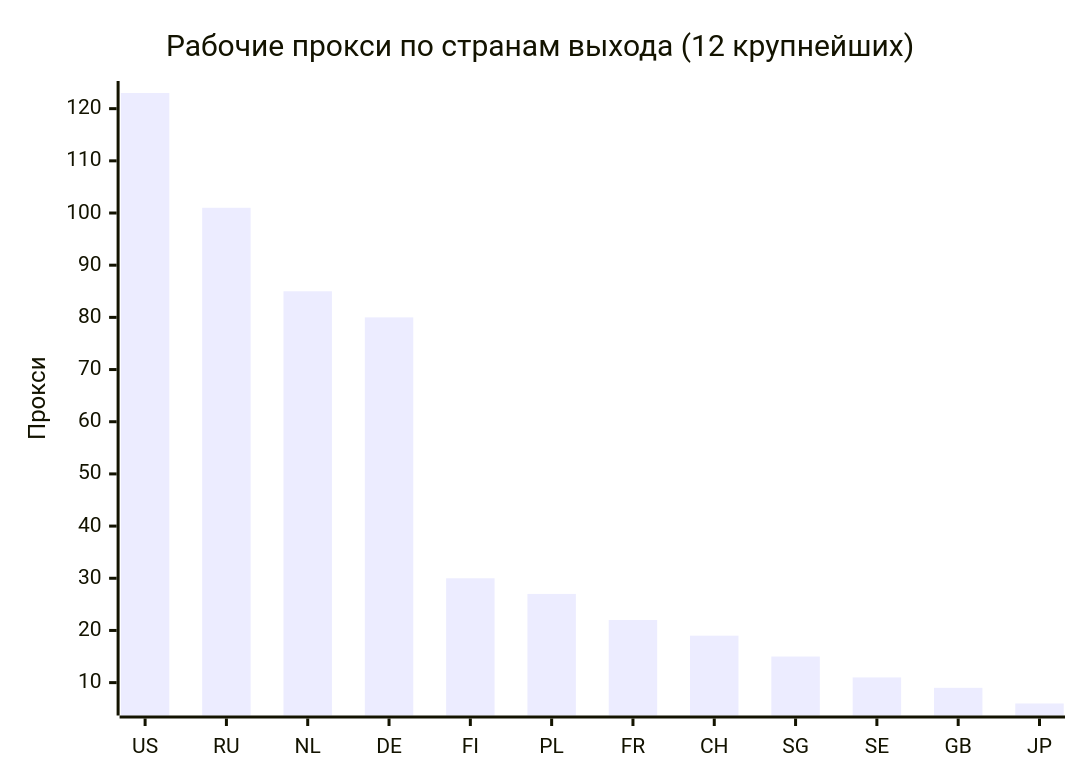
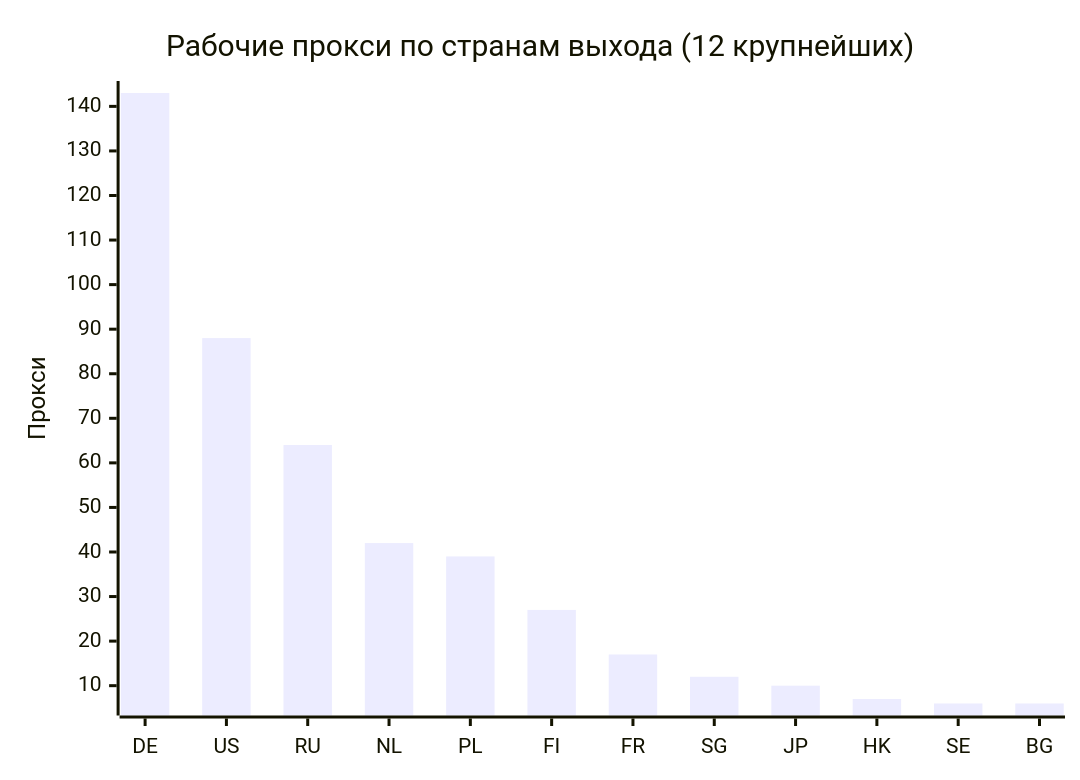
Before and after one commit to rvvg/proxy-subs: the second of 4 diagrams in README.md, drawn with Mermaid. The commit also changed other lines of this file and 45 other files, not shown here.

````diff
--- a/README.md
+++ b/README.md
@@ -127,7 +124,7 @@
 ```mermaid
 xychart-beta
     title "Рабочие прокси по странам выхода (12 крупнейших)"
-    x-axis ["US", "RU", "NL", "DE", "FI", "PL", "FR", "CH", "SG", "SE", "GB", "JP"]
+    x-axis ["DE", "US", "RU", "NL", "PL", "FI", "FR", "SG", "JP", "HK", "SE", "BG"]
     y-axis "Прокси"
-    bar [123, 101, 85, 80, 30, 27, 22, 19, 15, 11, 9, 6]
+    bar [143, 88, 64, 42, 39, 27, 17, 12, 10, 7, 6, 6]
 ```
````
